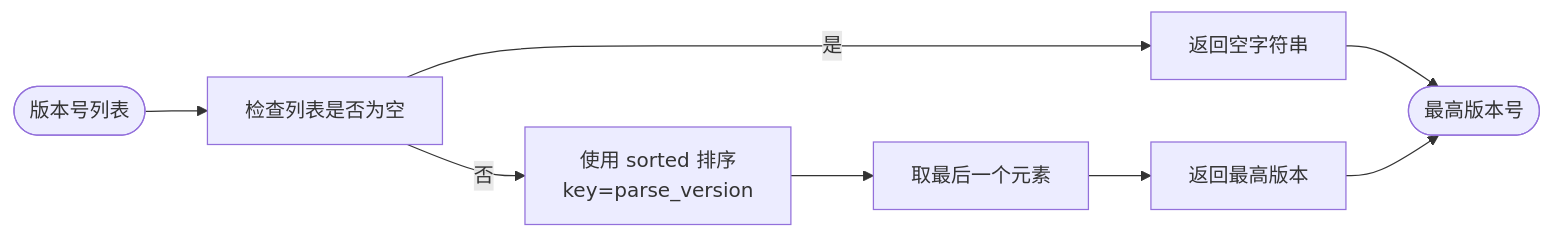
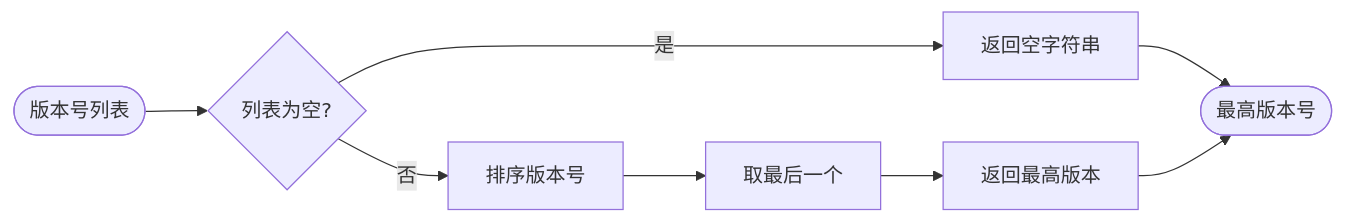
One commit to weihang1258/dpiAutoExcel changed diagram 42 of 43 in 逻辑流程文档.md. Above: the diagram before and after it, drawn with Mermaid. The commit also changed other lines of this file and 1 other file, not shown here.

First line of the commit message:
docs: 优化流程图显示效果，统一字体大小

````diff
--- a/逻辑流程文档.md
+++ b/逻辑流程文档.md
@@ -1199,12 +1197,12 @@
 ```mermaid
 graph LR
-    Start([版本号列表]) --> A[检查列表是否为空]
+    Start([版本号列表]) --> A{列表为空?}
     A -->|是| B[返回空字符串]
-    A -->|否| C[使用 sorted 排序<br/>key=parse_version]
+    A -->|否| C[排序版本号]
     
-    C --> D[取最后一个元素]
+    C --> D[取最后一个]
     D --> E[返回最高版本]
     
     B --> End([最高版本号])
     E --> End
 ```
````
